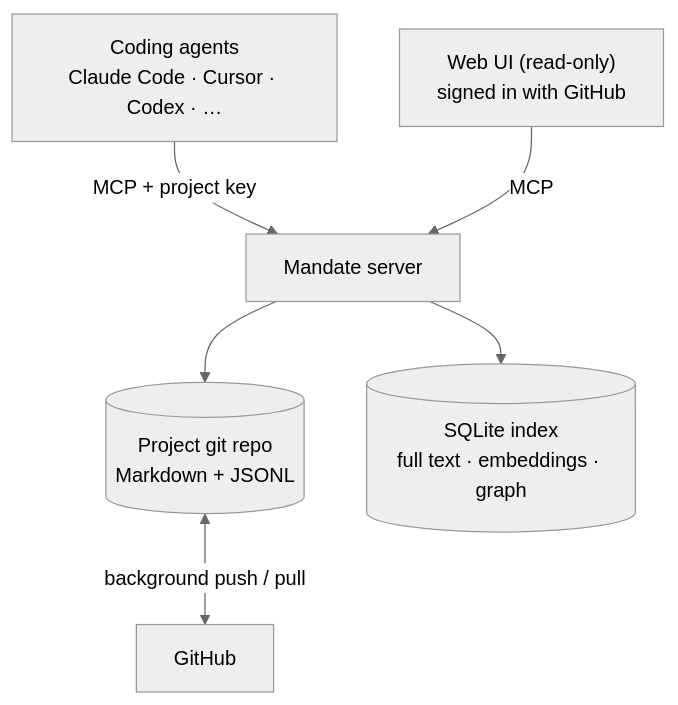
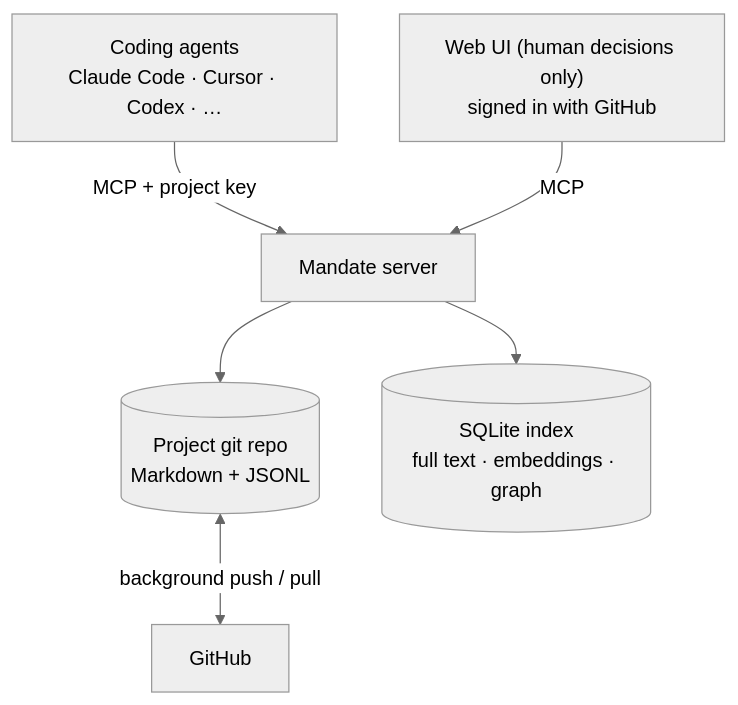
One commit to snork-alt/mandate changed the diagram in README.md. Above: the diagram before and after it, drawn with Mermaid (neutral theme). The commit also changed other lines of this file and 480 other files, not shown here.

````diff
--- a/README.md
+++ b/README.md
@@ -83,8 +83,8 @@
 ```mermaid
 flowchart TB
   A["Coding agents<br/>Claude Code · Cursor · Codex · …"] -->|"MCP + project key"| S
-  U["Web UI (read-only)<br/>signed in with GitHub"] -->|MCP| S
+  U["Web UI (human decisions only)<br/>signed in with GitHub"] -->|MCP| S
   S["Mandate server"] --> G[("Project git repo<br/>Markdown + JSONL")]
   S --> I[("SQLite index<br/>full text · embeddings · graph")]
   G <-->|"background push / pull"| GH["GitHub"]
 ```
````
